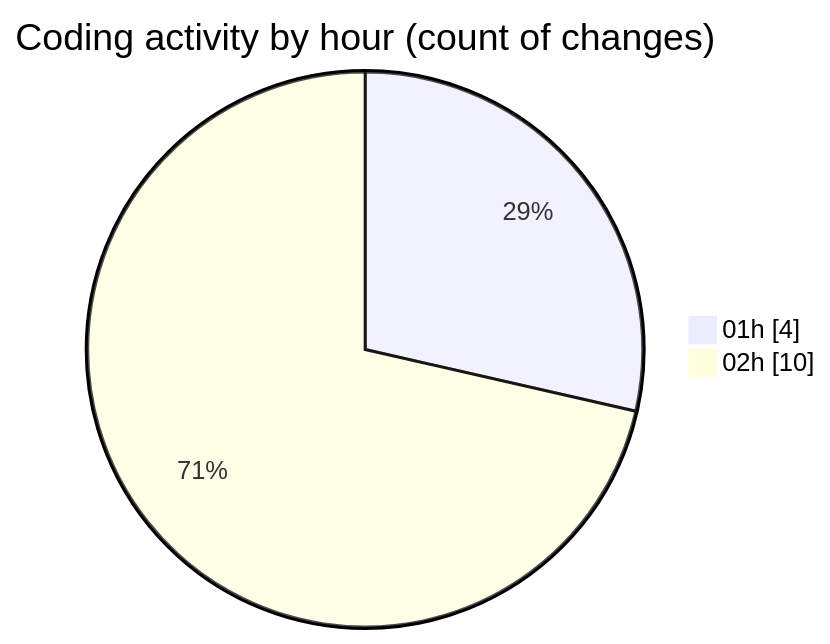
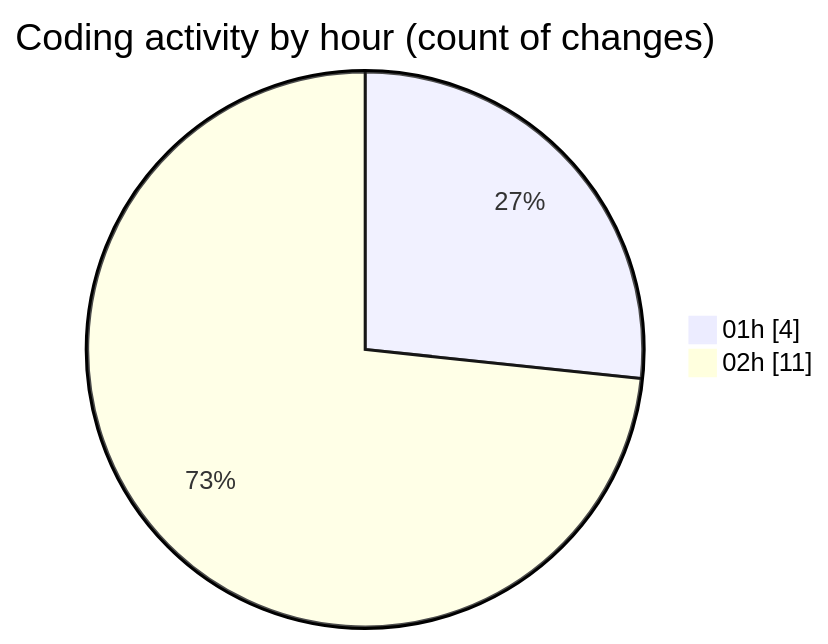
The second of 2 diagrams in 2025-01-27/maps_clone/README.md (donsfak/code-tracking), drawn with Mermaid before and after one commit. The commit also changed other lines of this file and 1 other file, not shown here.

````diff
--- a/2025-01-27/maps_clone/README.md
+++ b/2025-01-27/maps_clone/README.md
@@ -34,6 +36,6 @@
 ```mermaid
 pie showData
 title Coding activity by hour (count of changes)
 "01h" : 4
-"02h" : 10
+"02h" : 11
 ```
````
